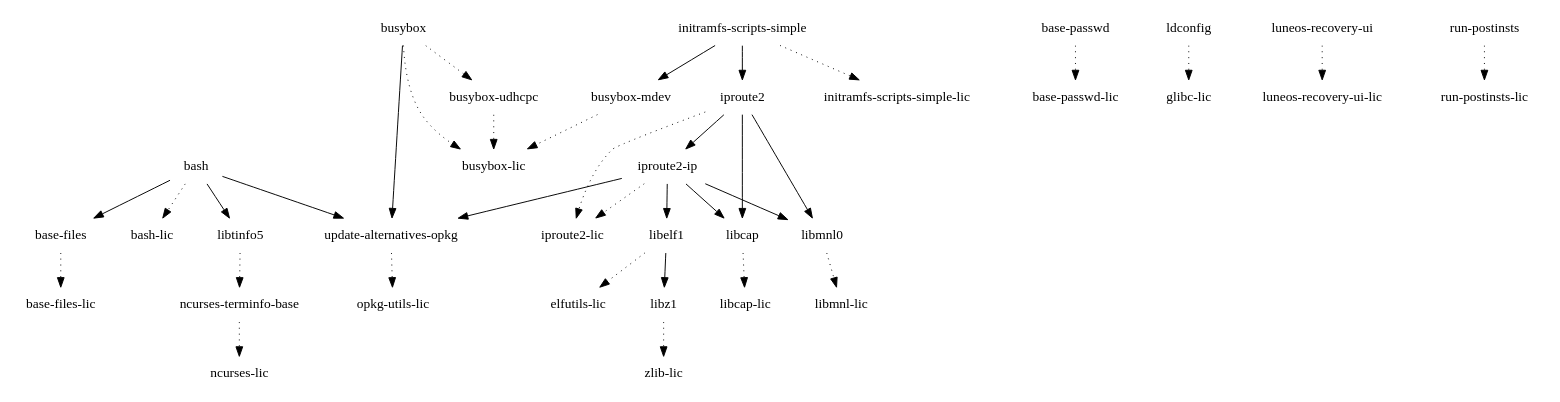
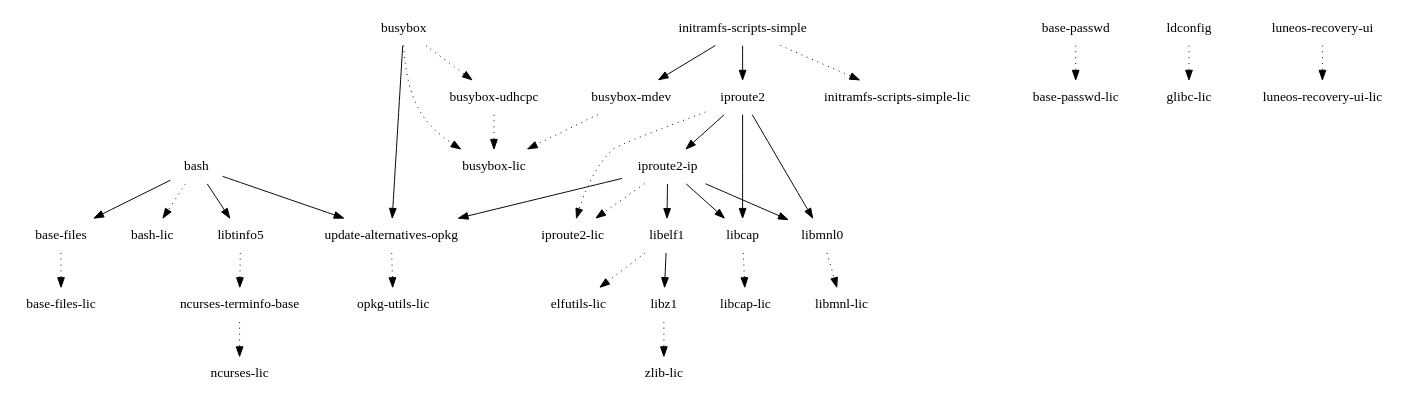
One commit to webOS-ports/buildhistory changed the diagram in images/pinephone/glibc/initramfs-uboot-image/depends-nokernel-nolibc.dot. Above: the diagram before and after it, drawn with Graphviz. The commit also changed 1123 other files, not shown here.

```diff
--- a/images/pinephone/glibc/initramfs-uboot-image/depends-nokernel-nolibc.dot
+++ b/images/pinephone/glibc/initramfs-uboot-image/depends-nokernel-nolibc.dot
@@ -1,37 +1,36 @@
 digraph depends {
     node [shape=plaintext]
 "base-files" -> "base-files-lic" [style=dotted]
 "base-passwd" -> "base-passwd-lic" [style=dotted]
 "bash" -> "base-files"
 "bash" -> "bash-lic" [style=dotted]
 "bash" -> "libtinfo5"
 "bash" -> "update-alternatives-opkg"
 "busybox" -> "busybox-lic" [style=dotted]
 "busybox" -> "busybox-udhcpc" [style=dotted]
 "busybox-mdev" -> "busybox-lic" [style=dotted]
 "busybox-udhcpc" -> "busybox-lic" [style=dotted]
 "busybox" -> "update-alternatives-opkg"
 "initramfs-scripts-simple" -> "busybox-mdev"
 "initramfs-scripts-simple" -> "initramfs-scripts-simple-lic" [style=dotted]
 "initramfs-scripts-simple" -> "iproute2"
 "iproute2-ip" -> "iproute2-lic" [style=dotted]
 "iproute2-ip" -> "libcap"
 "iproute2-ip" -> "libelf1"
 "iproute2-ip" -> "libmnl0"
 "iproute2" -> "iproute2-ip"
 "iproute2" -> "iproute2-lic" [style=dotted]
 "iproute2-ip" -> "update-alternatives-opkg"
 "iproute2" -> "libcap"
 "iproute2" -> "libmnl0"
 "ldconfig" -> "glibc-lic" [style=dotted]
 "libcap" -> "libcap-lic" [style=dotted]
 "libelf1" -> "elfutils-lic" [style=dotted]
 "libelf1" -> "libz1"
 "libmnl0" -> "libmnl-lic" [style=dotted]
 "libtinfo5" -> "ncurses-terminfo-base" [style=dotted]
 "libz1" -> "zlib-lic" [style=dotted]
 "luneos-recovery-ui" -> "luneos-recovery-ui-lic" [style=dotted]
 "ncurses-terminfo-base" -> "ncurses-lic" [style=dotted]
-"run-postinsts" -> "run-postinsts-lic" [style=dotted]
 "update-alternatives-opkg" -> "opkg-utils-lic" [style=dotted]
 }
```
